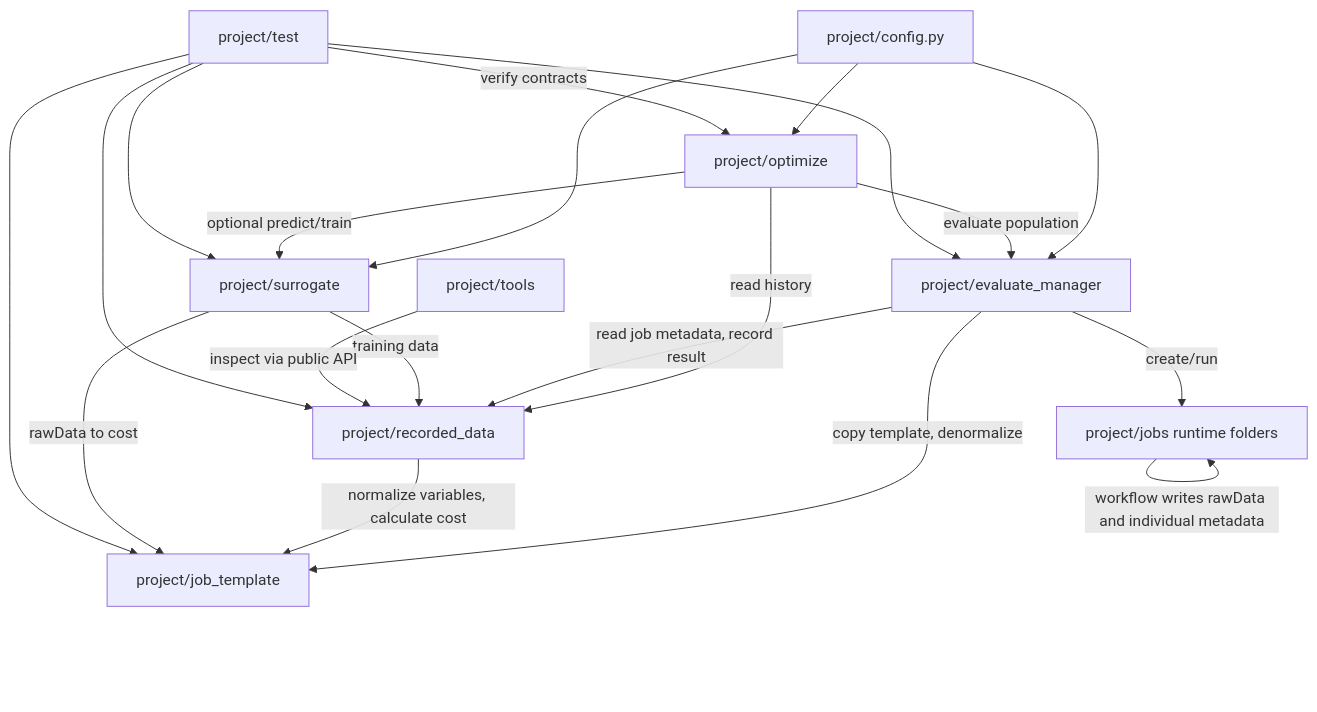
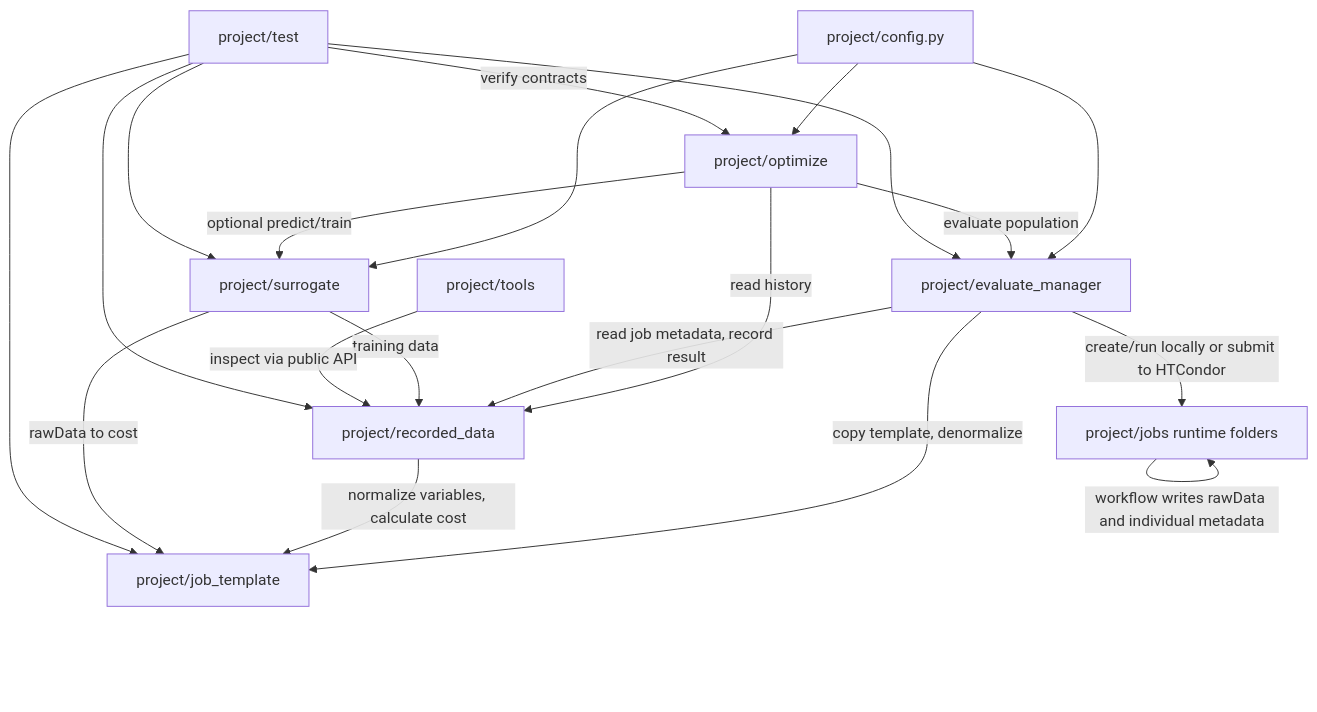
The diagram in dev_doc/architecture/c4_container.md (YS-Pan/yadof), drawn with Mermaid before and after one commit. The commit also changed other lines of this file and 35 other files, not shown here.

````diff
--- a/dev_doc/architecture/c4_container.md
+++ b/dev_doc/architecture/c4_container.md
@@ -5,26 +5,26 @@
 ```mermaid
 flowchart TD
     Config["project/config.py"] --> Optimize["project/optimize"]
     Config --> Evaluate["project/evaluate_manager"]
     Config --> Surrogate["project/surrogate"]
 
     Optimize -->|evaluate population| Evaluate
     Optimize -->|read history| Recorded["project/recorded_data"]
     Optimize -->|optional predict/train| Surrogate
 
     Evaluate -->|copy template, denormalize| Template["project/job_template"]
-    Evaluate -->|create/run| Jobs["project/jobs runtime folders"]
+    Evaluate -->|create/run locally or submit to HTCondor| Jobs["project/jobs runtime folders"]
     Jobs -->|workflow writes rawData and individual metadata| Jobs
     Evaluate -->|read job metadata, record result| Recorded
 
     Recorded -->|normalize variables, calculate cost| Template
     Surrogate -->|training data| Recorded
     Surrogate -->|rawData to cost| Template
 
     Tools["project/tools"] -->|inspect via public API| Recorded
     Tests["project/test"] -->|verify contracts| Optimize
     Tests --> Evaluate
     Tests --> Template
     Tests --> Recorded
     Tests --> Surrogate
 ```
````
